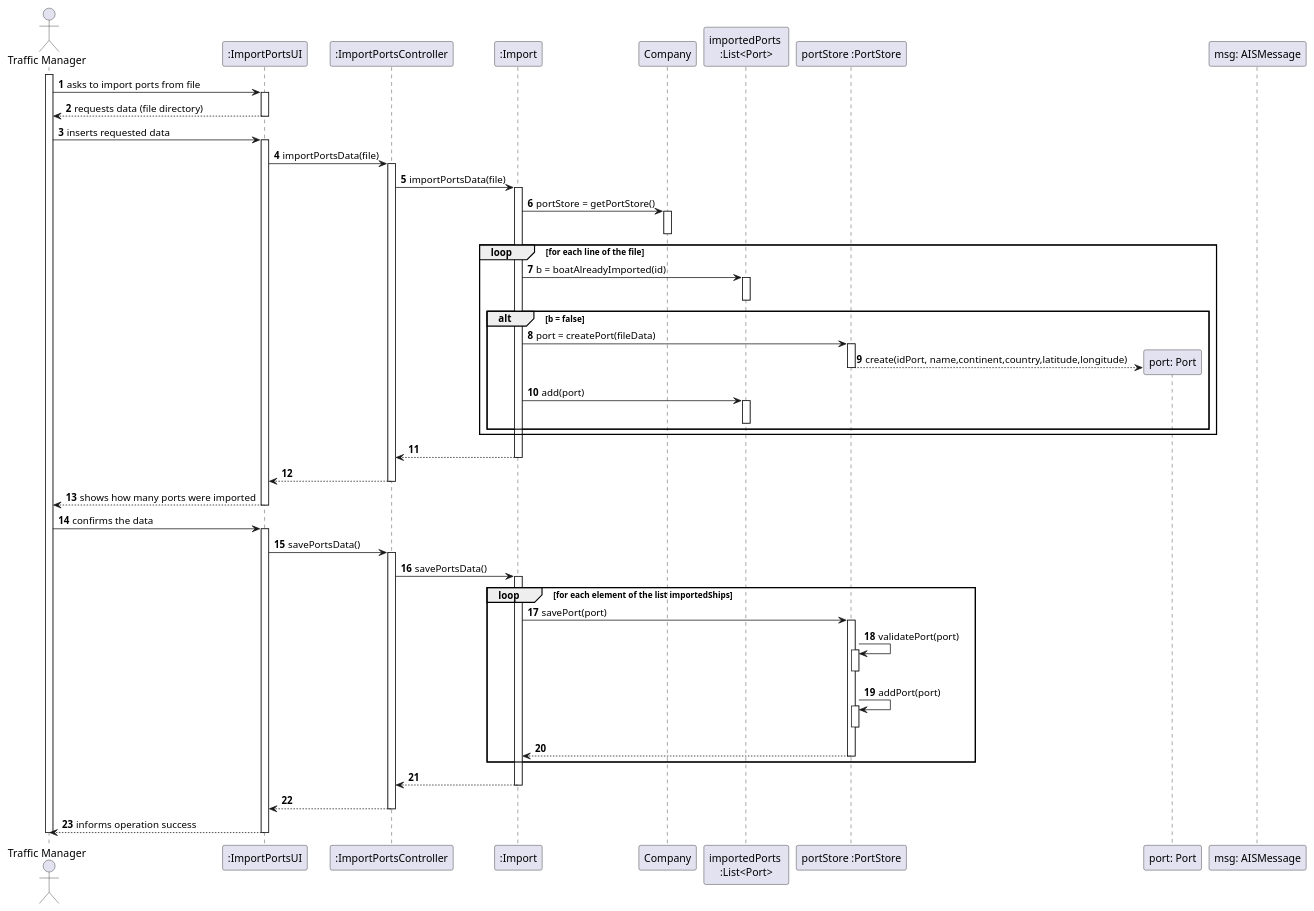
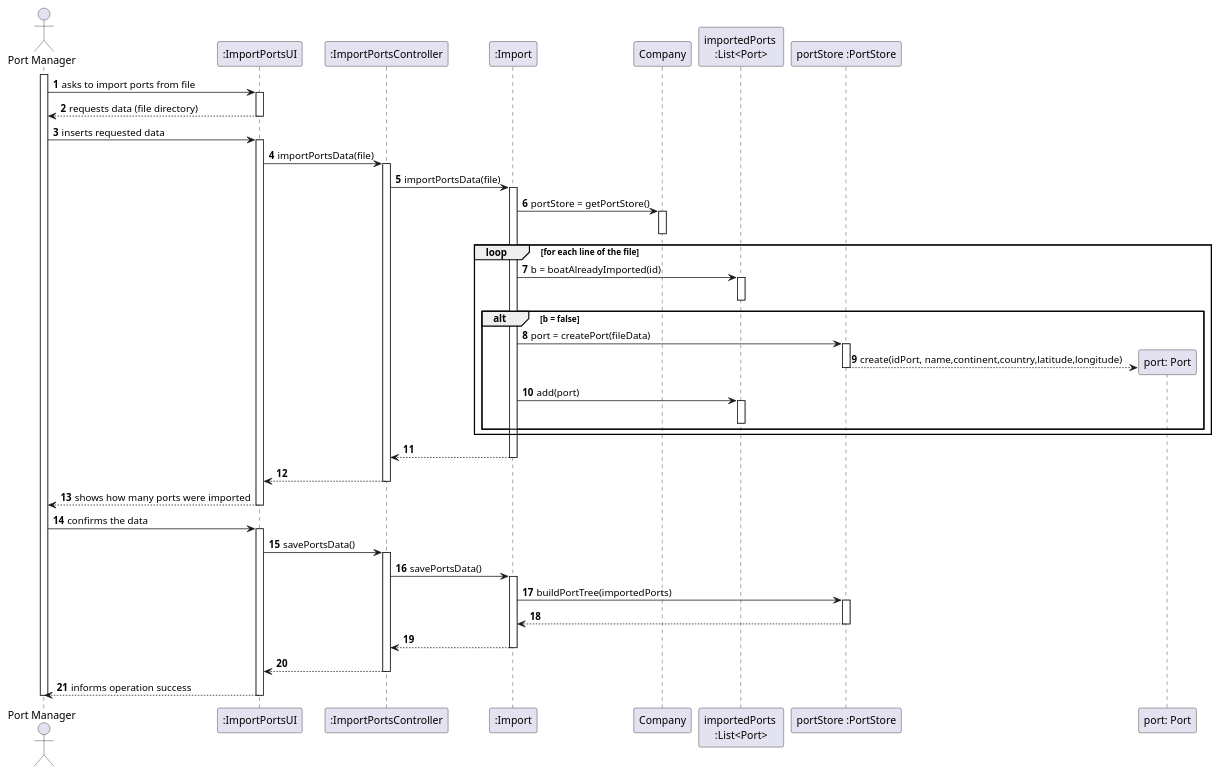
Before and after one commit to mpoboas/lapr3-2021-g102: the diagram in docs/Sprint2/US201/US201_SD.puml, drawn with PlantUML. The commit also changed 11 other files, not shown here.

Commit message:
<G0102-35> Import Ports - Final Commits

```diff
--- a/docs/Sprint2/US201/US201_SD.puml
+++ b/docs/Sprint2/US201/US201_SD.puml
@@ -1,93 +1,88 @@
 @startuml
 autonumber
 'hide footbox
-actor "Traffic Manager" as TF
+actor "Port Manager" as TF
 
 participant ":ImportPortsUI" as UI
 participant ":ImportPortsController" as CTRL
 participant ":Import" as import
 participant "Company" as COMP
 participant "importedPorts \n:List<Port>" as list
 participant "portStore :PortStore" as STR
 participant "port: Port" as port
-participant "msg: AISMessage" as msg
+
 
 
 activate TF
 TF -> UI : asks to import ports from file
 activate UI
 UI --> TF : requests data (file directory)
 deactivate UI
 
 TF -> UI : inserts requested data
 activate UI
 
 UI -> CTRL :importPortsData(file)
 
 activate CTRL
 
 CTRL -> import: importPortsData(file)
 activate import
 
 import -> COMP: portStore = getPortStore()
 activate COMP
 deactivate COMP
 loop for each line of the file
 import -> list: b = boatAlreadyImported(id)
 activate list
 deactivate list
 
 alt b = false
 import -> STR: port = createPort(fileData)
 
 activate STR
 STR --> port** : create(idPort, name,continent,country,latitude,longitude)
 deactivate STR
 
 import -> list : add(port)
 activate list
 deactivate list
 
 end
 
 end
 import --> CTRL
 deactivate import
 CTRL --> UI
 deactivate CTRL
 
 
 UI --> TF : shows how many ports were imported
 deactivate UI
 
 
 TF -> UI : confirms the data
 activate UI
 
 UI -> CTRL: savePortsData()
 activate CTRL
 CTRL -> import: savePortsData()
 activate import
-loop for each element of the list importedShips
-import -> STR: savePort(port)
+
+import -> STR: buildPortTree(importedPorts)
 activate STR
-STR -> STR: validatePort(port)
-activate STR
-deactivate STR
-STR -> STR: addPort(port)
-activate STR
-deactivate STR
+
 STR --> import
 deactivate STR
-end
+
 import --> CTRL
 deactivate import
 CTRL --> UI
 deactivate CTRL
 UI --> TF : informs operation success
 deactivate UI
 
 deactivate TF
 
 
 @enduml
```
